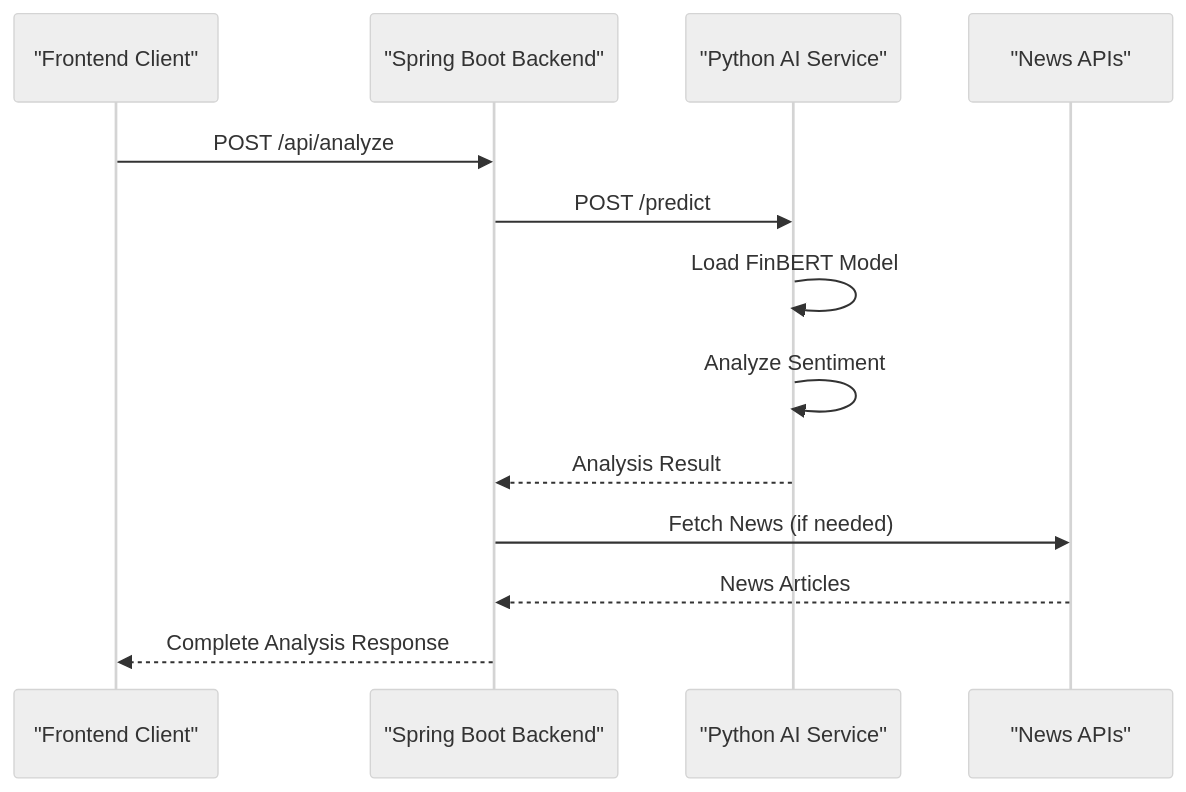
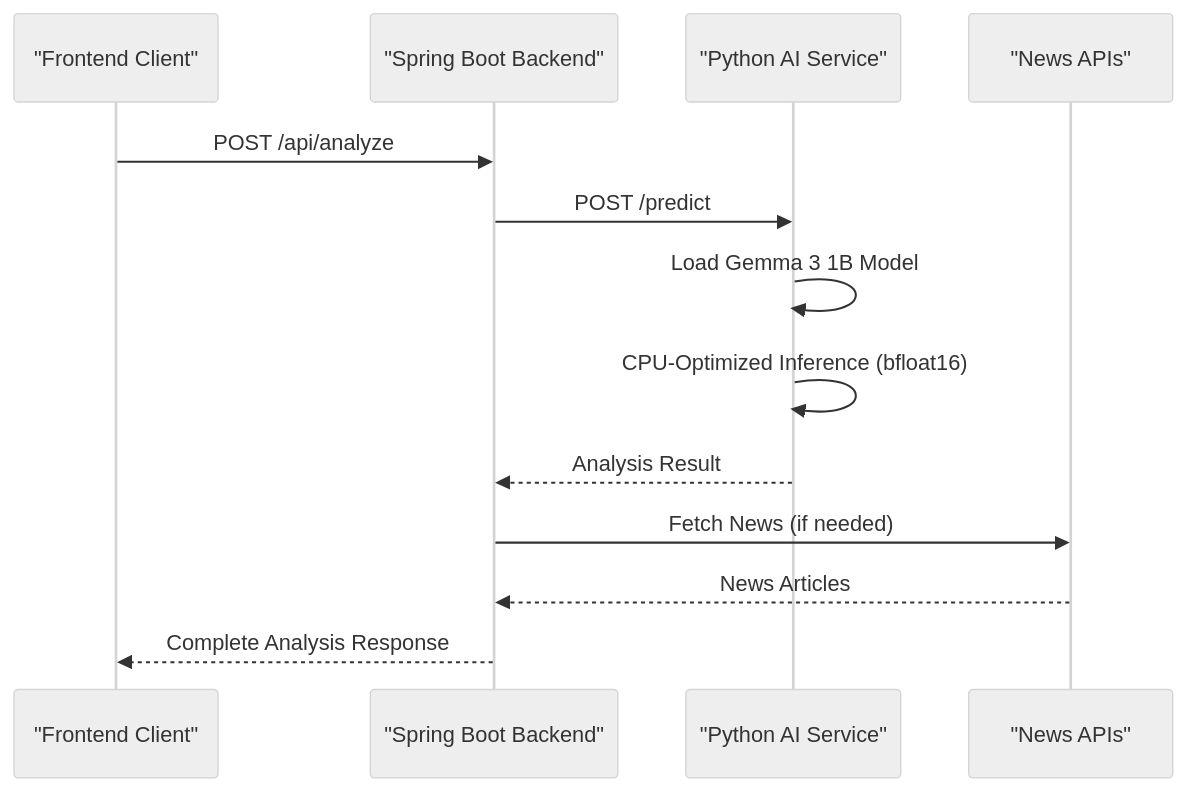
Before and after one commit to ayushtiwari1526/TheReinforcers_AyushTiwari: the second of 2 diagrams in .qoder/repowiki/en/content/Core Architecture.md, drawn with Mermaid (neutral theme). The commit also changed other lines of this file and 16 other files, not shown here.

````diff
--- a/.qoder/repowiki/en/content/Core Architecture.md
+++ b/.qoder/repowiki/en/content/Core Architecture.md
@@ -132,15 +137,15 @@
 ```mermaid
 sequenceDiagram
 participant Client as "Frontend Client"
 participant Backend as "Spring Boot Backend"
 participant AIService as "Python AI Service"
 participant ExternalAPI as "News APIs"
 Client->>Backend : POST /api/analyze
 Backend->>AIService : POST /predict
-AIService->>AIService : Load FinBERT Model
-AIService->>AIService : Analyze Sentiment
+AIService->>AIService : Load Gemma 3 1B Model
+AIService->>AIService : CPU-Optimized Inference (bfloat16)
 AIService-->>Backend : Analysis Result
 Backend->>ExternalAPI : Fetch News (if needed)
 ExternalAPI-->>Backend : News Articles
 Backend-->>Client : Complete Analysis Response
 ```
````
